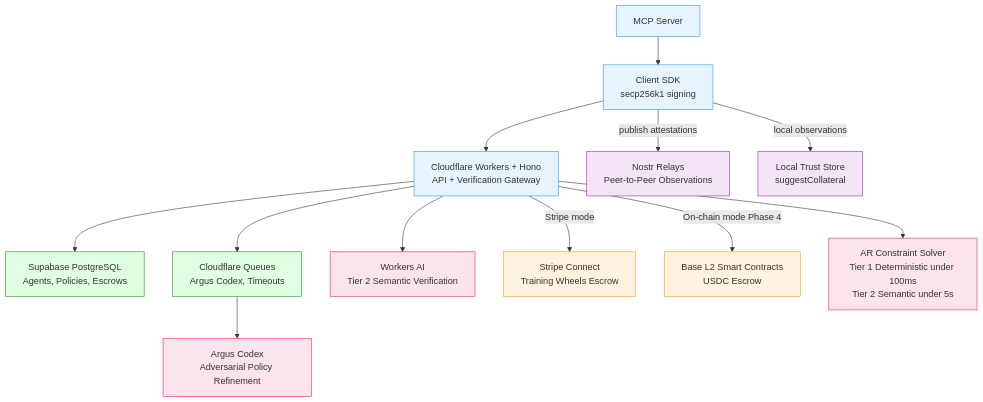
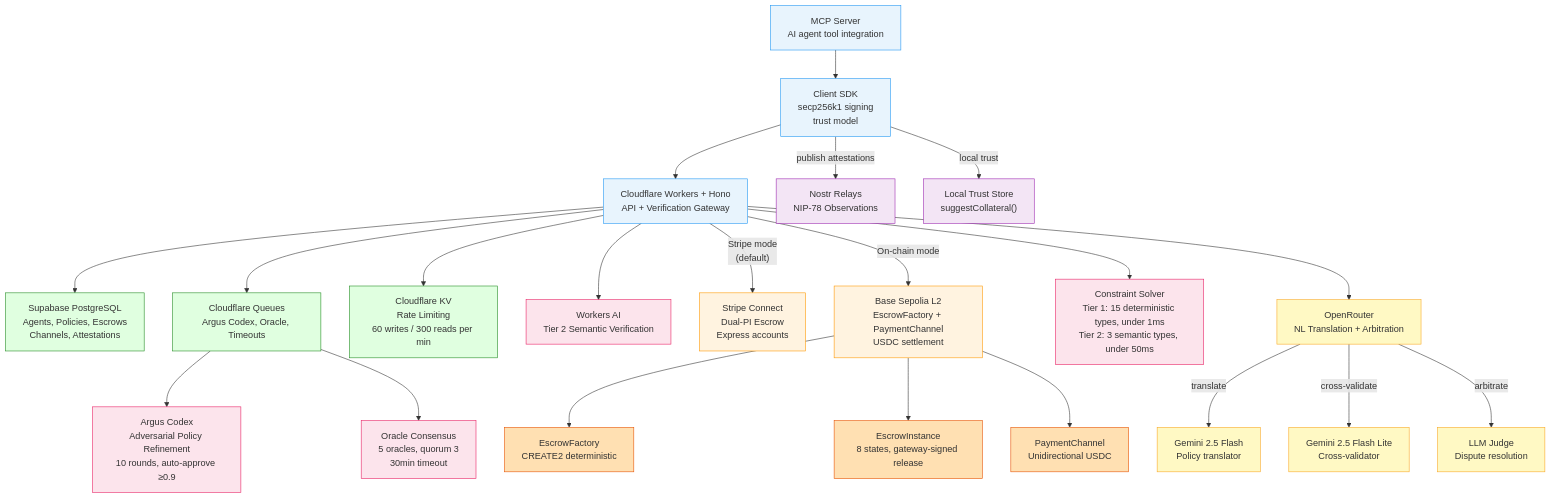
One commit to Schmoll86/trustthenverify changed the diagram in docs/architecture.mmd. Above: the diagram before and after it, drawn with Mermaid. The commit also changed 11 other files, not shown here.

First line of the commit message:
feat: live on-chain escrow deployment on Base Sepolia

````diff
--- a/docs/architecture.mmd
+++ b/docs/architecture.mmd
@@ -1,30 +1,47 @@
 ```mermaid
 graph TD
-    SDK["Client SDK<br/>secp256k1 signing"] --> API["Cloudflare Workers + Hono<br/>API + Verification Gateway"]
-    MCP["MCP Server"] --> SDK
+    SDK["Client SDK<br/>secp256k1 signing<br/>trust model"] --> API["Cloudflare Workers + Hono<br/>API + Verification Gateway"]
+    MCP["MCP Server<br/>AI agent tool integration"] --> SDK
 
-    API --> DB["Supabase PostgreSQL<br/>Agents, Policies, Escrows"]
-    API --> QUEUE["Cloudflare Queues<br/>Argus Codex, Timeouts"]
+    API --> DB["Supabase PostgreSQL<br/>Agents, Policies, Escrows<br/>Channels, Attestations"]
+    API --> QUEUE["Cloudflare Queues<br/>Argus Codex, Oracle, Timeouts"]
+    API --> KV["Cloudflare KV<br/>Rate Limiting<br/>60 writes / 300 reads per min"]
     API --> WAI["Workers AI<br/>Tier 2 Semantic Verification"]
 
-    API --> |"Stripe mode"| STRIPE["Stripe Connect<br/>Training Wheels Escrow"]
-    API --> |"On-chain mode Phase 4"| BASE["Base L2 Smart Contracts<br/>USDC Escrow"]
+    API --> |"Stripe mode<br/>(default)"| STRIPE["Stripe Connect<br/>Dual-PI Escrow<br/>Express accounts"]
+    API --> |"On-chain mode"| BASE["Base Sepolia L2<br/>EscrowFactory + PaymentChannel<br/>USDC settlement"]
 
-    API --> VERIFY["AR Constraint Solver<br/>Tier 1 Deterministic under 100ms<br/>Tier 2 Semantic under 5s"]
+    API --> VERIFY["Constraint Solver<br/>Tier 1: 15 deterministic types, under 1ms<br/>Tier 2: 3 semantic types, under 50ms"]
 
-    QUEUE --> ARGUS["Argus Codex<br/>Adversarial Policy Refinement"]
-    SDK --> |"publish attestations"| NOSTR["Nostr Relays<br/>Peer-to-Peer Observations"]
-    SDK --> |"local observations"| LOCAL["Local Trust Store<br/>suggestCollateral"]
+    API --> OPENROUTER["OpenRouter<br/>NL Translation + Arbitration"]
+
+    OPENROUTER --> |"translate"| GEMINI_FLASH["Gemini 2.5 Flash<br/>Policy translator"]
+    OPENROUTER --> |"cross-validate"| GEMINI_LITE["Gemini 2.5 Flash Lite<br/>Cross-validator"]
+    OPENROUTER --> |"arbitrate"| LLM_JUDGE["LLM Judge<br/>Dispute resolution"]
+
+    QUEUE --> ARGUS["Argus Codex<br/>Adversarial Policy Refinement<br/>10 rounds, auto-approve ≥0.9"]
+    QUEUE --> ORACLE["Oracle Consensus<br/>5 oracles, quorum 3<br/>30min timeout"]
+
+    SDK --> |"publish attestations"| NOSTR["Nostr Relays<br/>NIP-78 Observations"]
+    SDK --> |"local trust"| LOCAL["Local Trust Store<br/>suggestCollateral()"]
+
+    BASE --> FACTORY["EscrowFactory<br/>CREATE2 deterministic"]
+    BASE --> ESCROW_INST["EscrowInstance<br/>8 states, gateway-signed release"]
+    BASE --> CHANNEL["PaymentChannel<br/>Unidirectional USDC"]
 
     classDef core fill:#e8f4fd,stroke:#2196F3;
     classDef storage fill:#e0ffe0,stroke:#228B22;
     classDef settlement fill:#fff3e0,stroke:#FF9800;
     classDef verification fill:#fce4ec,stroke:#E91E63;
     classDef p2p fill:#f3e5f5,stroke:#9C27B0;
+    classDef llm fill:#fff9c4,stroke:#F9A825;
+    classDef contracts fill:#ffe0b2,stroke:#E65100;
 
     class API,SDK,MCP core
-    class DB,QUEUE storage
+    class DB,QUEUE,KV storage
     class STRIPE,BASE settlement
-    class VERIFY,WAI,ARGUS verification
+    class VERIFY,WAI,ARGUS,ORACLE verification
     class NOSTR,LOCAL p2p
+    class OPENROUTER,GEMINI_FLASH,GEMINI_LITE,LLM_JUDGE llm
+    class FACTORY,ESCROW_INST,CHANNEL contracts
 ```
````
